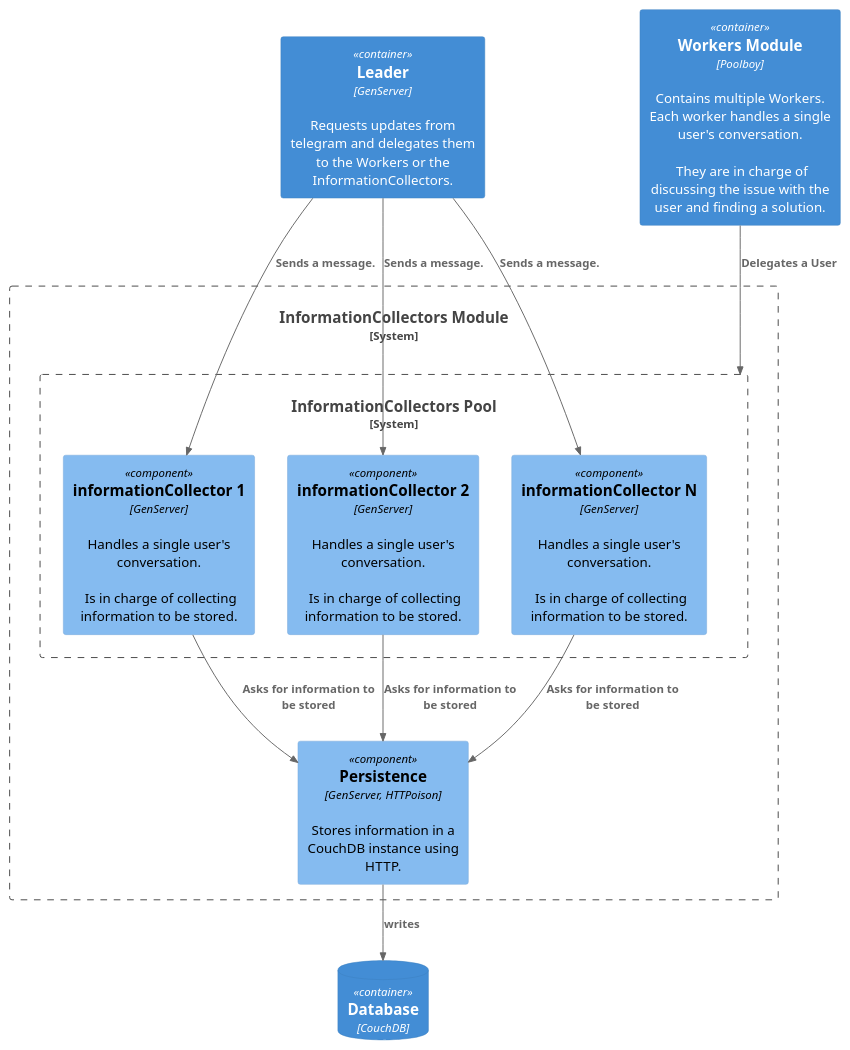
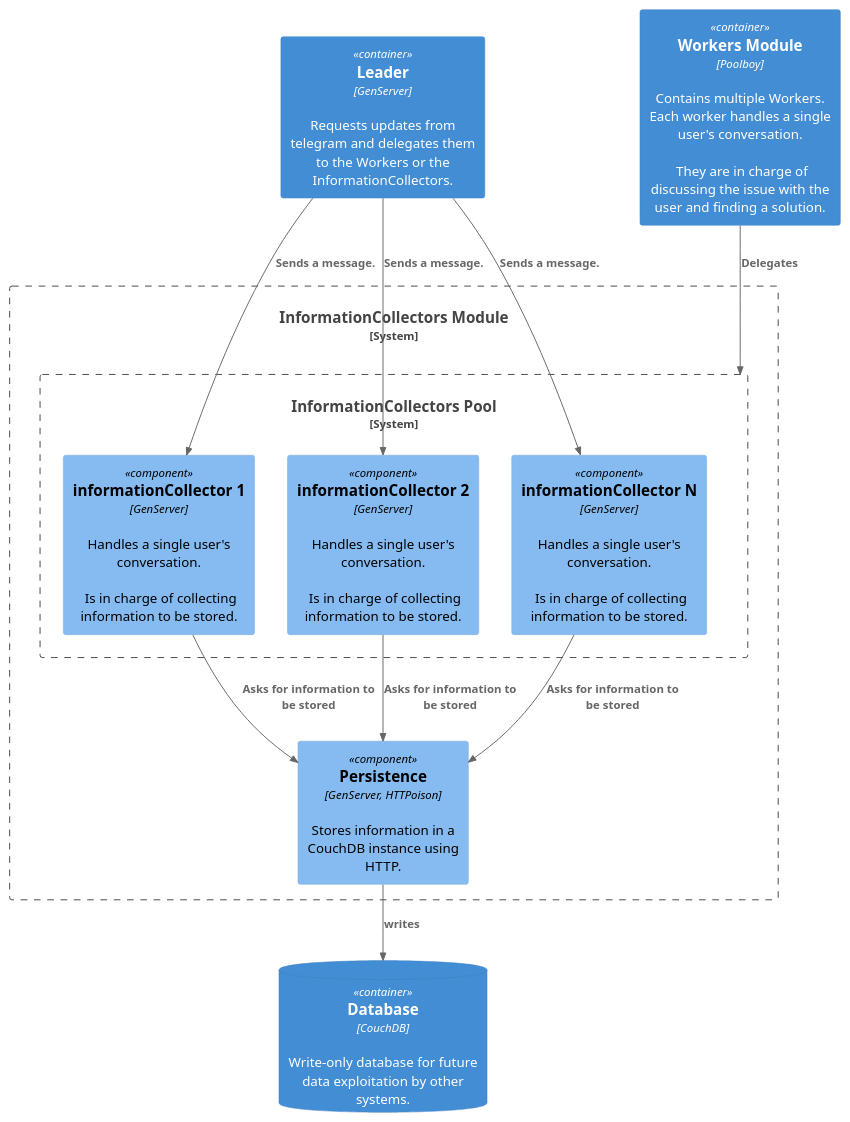
One commit to TsolidarioFG/2024-Ecos-do-Sur changed the diagram in doc/componentInformationCollector.pu. Above: the diagram before and after it, drawn with PlantUML. The commit also changed 7 other files, not shown here.

```diff
--- a/doc/componentInformationCollector.pu
+++ b/doc/componentInformationCollector.pu
@@ -1,29 +1,29 @@
 @startuml ComponentInformationCollector
 !include <C4/C4_Component>
 Container(Leader, "Leader", "GenServer", "Requests updates from telegram and delegates them to the Workers or the InformationCollectors.")
 Container(workers, "Workers Module", "Poolboy", "Contains multiple Workers. Each worker handles a single user's conversation.\n\n They are in charge of discussing the issue with the user and finding a solution.")
 System_Boundary(boundary, "InformationCollectors Module") {
     System_Boundary(informationCollectors, "InformationCollectors Pool") {
     Component(informationCollector1, "informationCollector 1", "GenServer", "Handles a single user's conversation.\n\n Is in charge of collecting information to be stored.")
     Component(informationCollector2, "informationCollector 2", "GenServer", "Handles a single user's conversation.\n\n Is in charge of collecting information to be stored.")
     Component(informationCollectorN, "informationCollector N", "GenServer", "Handles a single user's conversation.\n\n Is in charge of collecting information to be stored.")
     }
     Component(persistence, "Persistence", "GenServer, HTTPoison", "Stores information in a CouchDB instance using HTTP.")
     
 }
-ContainerDb(couchDb, "Database", "CouchDB")
+ContainerDb(couchDb, "Database", "CouchDB", "Write-only database for future data exploitation by other systems.")
 
 
 
 Rel(Leader, informationCollector1, "Sends a message.")
 Rel(Leader, informationCollector2, "Sends a message.")
 Rel(Leader, informationCollectorN, "Sends a message.")
 
 Rel(informationCollector1, persistence, "Asks for information to be stored")
 Rel(informationCollector2, persistence, "Asks for information to be stored")
 Rel(informationCollectorN, persistence, "Asks for information to be stored")
 
-Rel(workers, informationCollectors, "Delegates a User")
+Rel(workers, informationCollectors, "Delegates")
 Rel(persistence, couchDb, "writes")
 
 @enduml
```
